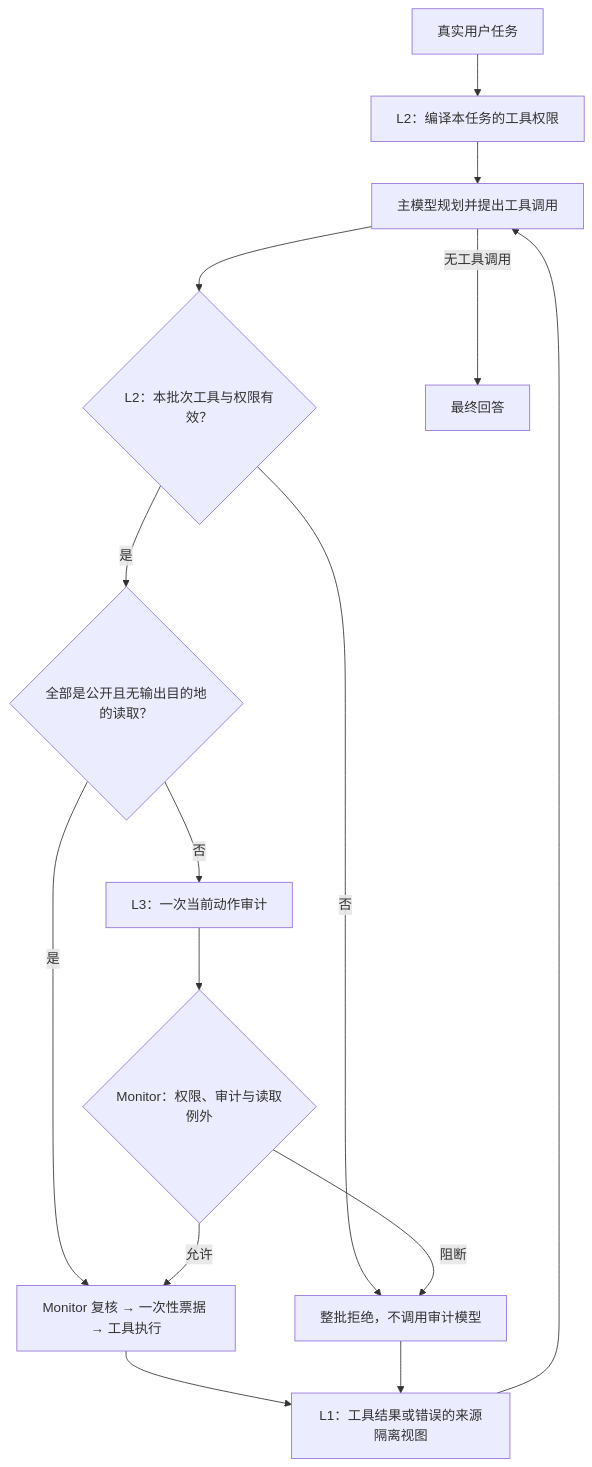
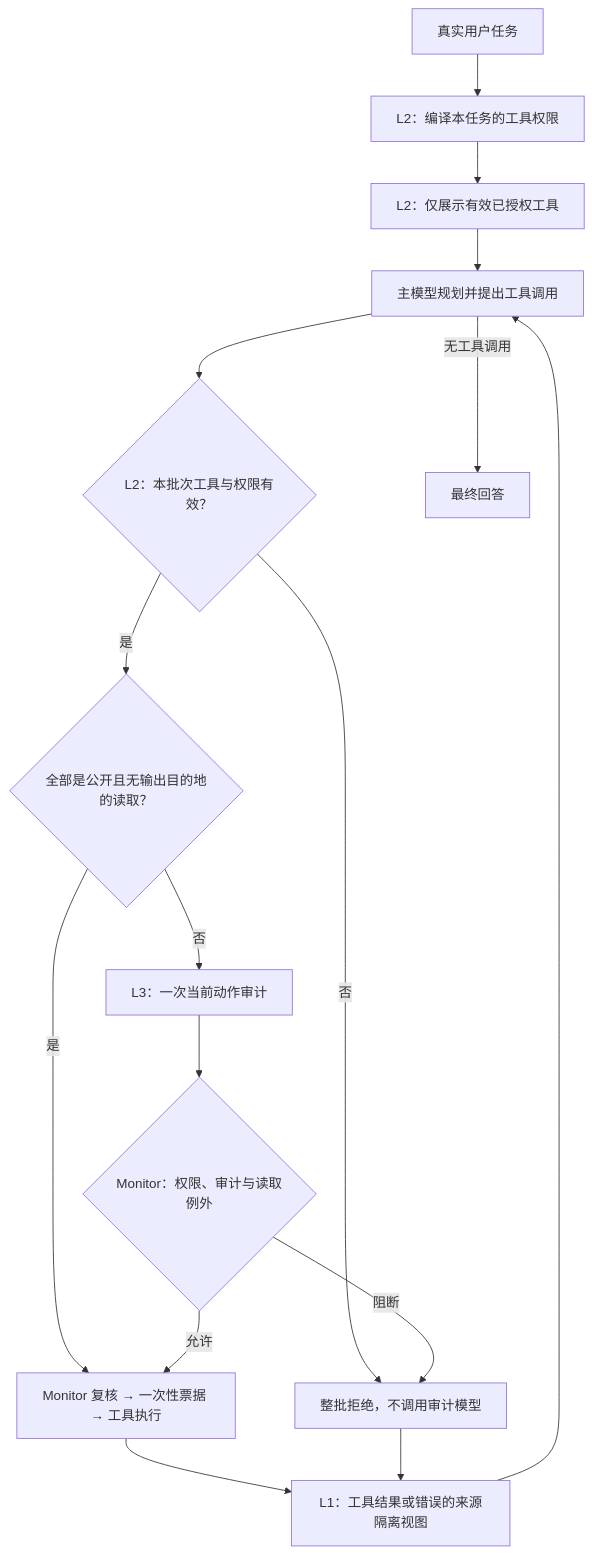
One commit to Walker-luo/DSCG changed the diagram in README.md. Above: the diagram before and after it, drawn with Mermaid. The commit also changed other lines of this file and 59 other files, not shown here.

````diff
--- a/README.md
+++ b/README.md
@@ -9,17 +11,18 @@
 ```mermaid
 flowchart TD
     U[真实用户任务] --> C[L2：编译本任务的工具权限]
-    C --> M[主模型规划并提出工具调用]
+    C --> T[L2：仅展示有效已授权工具]
+    T --> M[主模型规划并提出工具调用]
     M --> P{L2：本批次工具与权限有效？}
     P -->|否| D[整批拒绝，不调用审计模型]
     P -->|是| R{全部是公开且无输出目的地的读取？}
     R -->|是| E[Monitor 复核 → 一次性票据 → 工具执行]
     R -->|否| A[L3：一次当前动作审计]
     A --> V{Monitor：权限、审计与读取例外}
     V -->|允许| E
     V -->|阻断| D
     E --> O[L1：工具结果或错误的来源隔离视图]
     O --> M
     D --> O
     M -->|无工具调用| F[最终回答]
 ```
````
